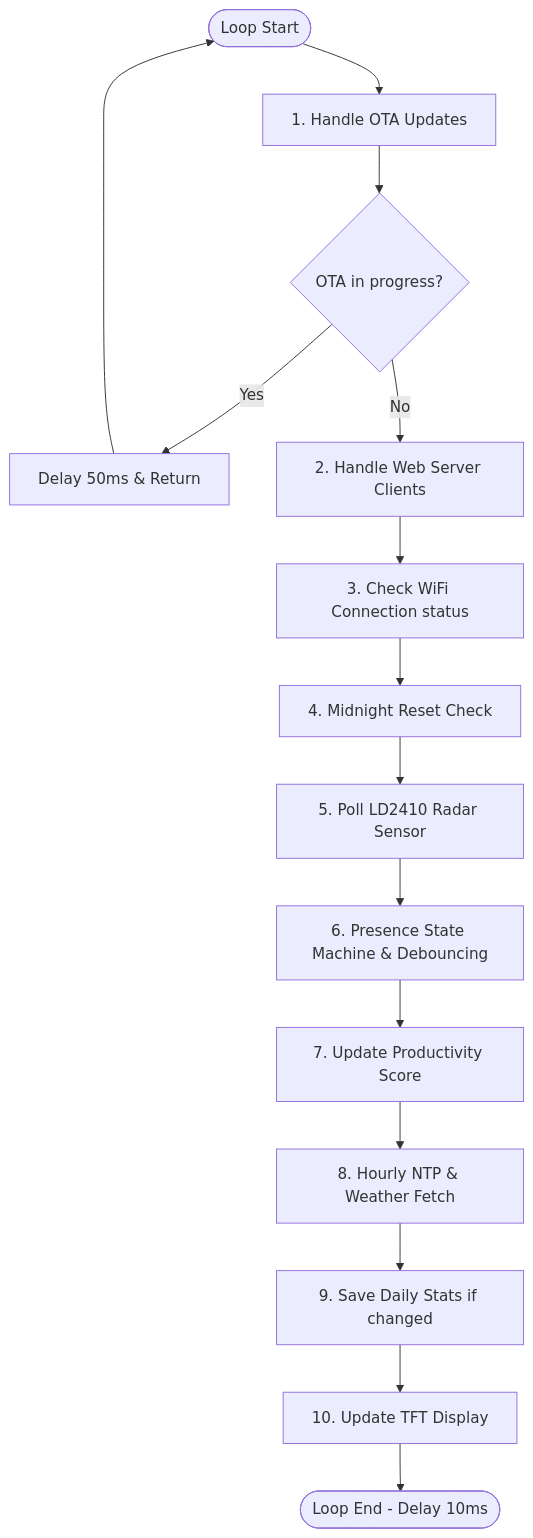
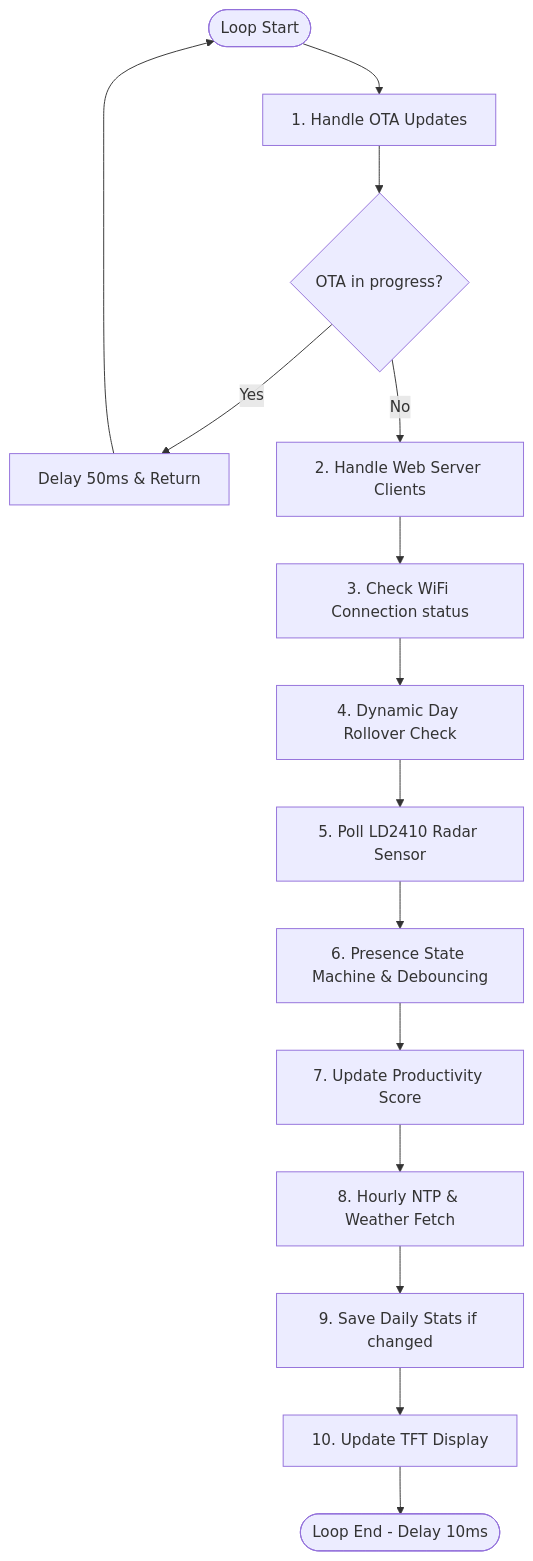
The first of 4 diagrams in desk_buddy_flowchart_notes.md (danmermels/DeskBuddy), drawn with Mermaid before and after one commit. The commit also changed other lines of this file and 9 other files, not shown here.

````diff
--- a/desk_buddy_flowchart_notes.md
+++ b/desk_buddy_flowchart_notes.md
@@ -13,16 +13,16 @@
 ```mermaid
 graph TD
     Start([Loop Start]) --> PollOTA[1. Handle OTA Updates]
     PollOTA --> CheckOTA{OTA in progress?}
     CheckOTA -- Yes --> DelayOTA[Delay 50ms & Return] --> Start
     CheckOTA -- No --> PollWeb[2. Handle Web Server Clients]
     PollWeb --> CheckWiFi[3. Check WiFi Connection status]
-    CheckWiFi --> ResetCheck[4. Midnight Reset Check]
+    CheckWiFi --> ResetCheck[4. Dynamic Day Rollover Check]
     ResetCheck --> PollRadar[5. Poll LD2410 Radar Sensor]
     PollRadar --> StateMachine[6. Presence State Machine & Debouncing]
     StateMachine --> Metrics[7. Update Productivity Score]
     Metrics --> Weather[8. Hourly NTP & Weather Fetch]
     Weather --> SaveStats[9. Save Daily Stats if changed]
     SaveStats --> UpdateTFT[10. Update TFT Display]
     UpdateTFT --> End([Loop End - Delay 10ms])
 ```
````
